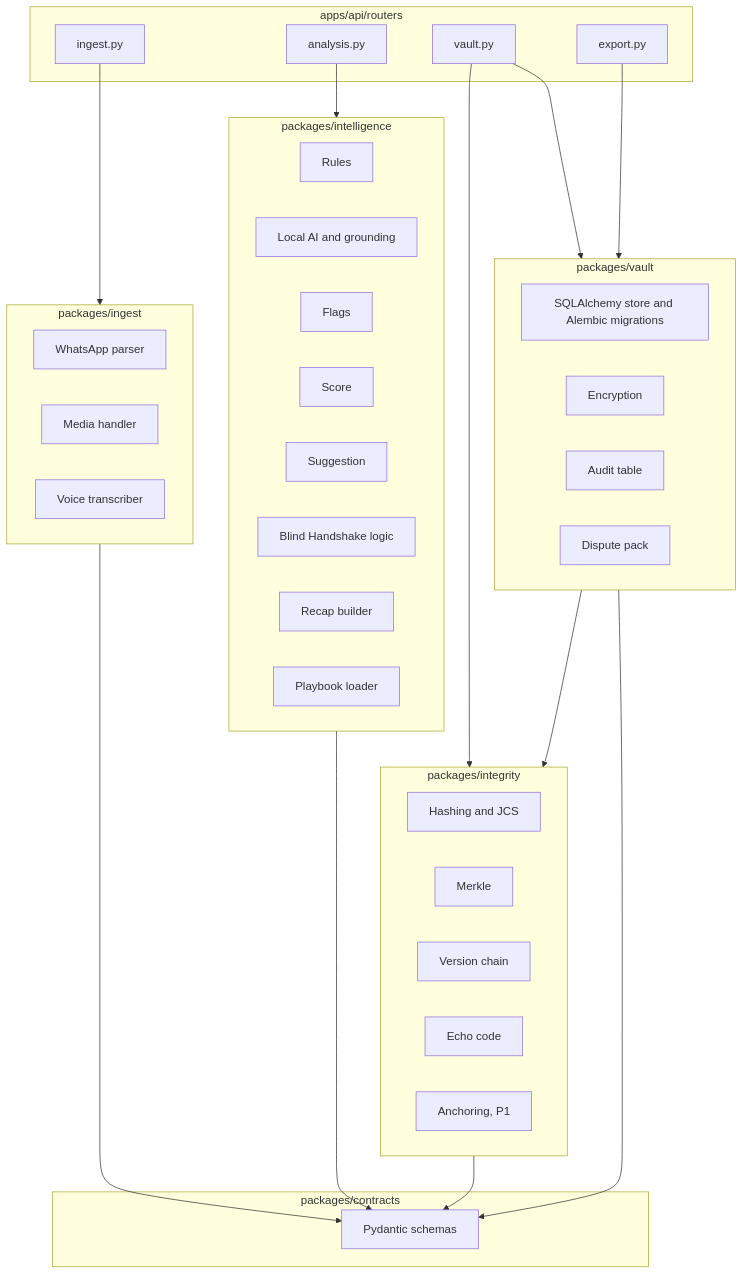
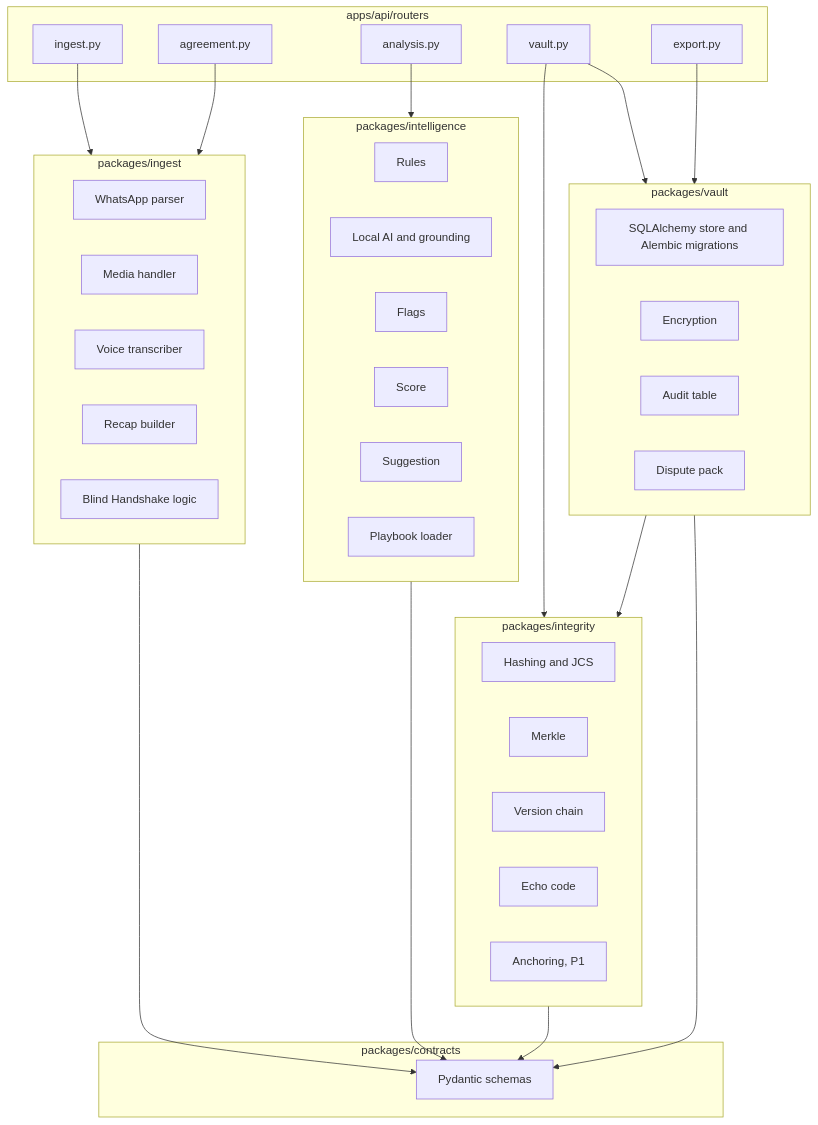
Before and after one commit to HARDIKSINGH150206/Veridoc: the third of 7 diagrams in docs/ARCHITECTURE.md, drawn with Mermaid. The commit also changed other lines of this file and 34 other files, not shown here.

````diff
--- a/docs/ARCHITECTURE.md
+++ b/docs/ARCHITECTURE.md
@@ -74,50 +74,52 @@
 ```mermaid
 flowchart TB
   subgraph Routers["apps/api/routers"]
     R1["ingest.py"]
+    R1B["agreement.py"]
     R2["analysis.py"]
     R3["vault.py"]
     R4["export.py"]
   end
   subgraph Contracts["packages/contracts"]
     CT["Pydantic schemas"]
   end
   subgraph Ingest["packages/ingest"]
     P["WhatsApp parser"]
     M["Media handler"]
     V["Voice transcriber"]
+    RC["Recap builder"]
+    HS["Blind Handshake logic"]
   end
   subgraph Intel["packages/intelligence"]
     RU["Rules"]
     LM["Local AI and grounding"]
     FL["Flags"]
     SC["Score"]
     SG["Suggestion"]
-    HS["Blind Handshake logic"]
-    RC["Recap builder"]
     PB["Playbook loader"]
   end
   subgraph Integ["packages/integrity"]
     HA["Hashing and JCS"]
     MK["Merkle"]
     VC["Version chain"]
     EC["Echo code"]
     AN["Anchoring, P1"]
   end
   subgraph Vault["packages/vault"]
     ST["SQLAlchemy store and Alembic migrations"]
     EN["Encryption"]
     AU["Audit table"]
     DP["Dispute pack"]
   end
   R1 --> Ingest
+  R1B --> Ingest
   R2 --> Intel
   R3 --> Integ
   R3 --> Vault
   R4 --> Vault
   Ingest --> CT
   Intel --> CT
   Integ --> CT
   Vault --> CT
   Vault --> Integ
 ```
````
